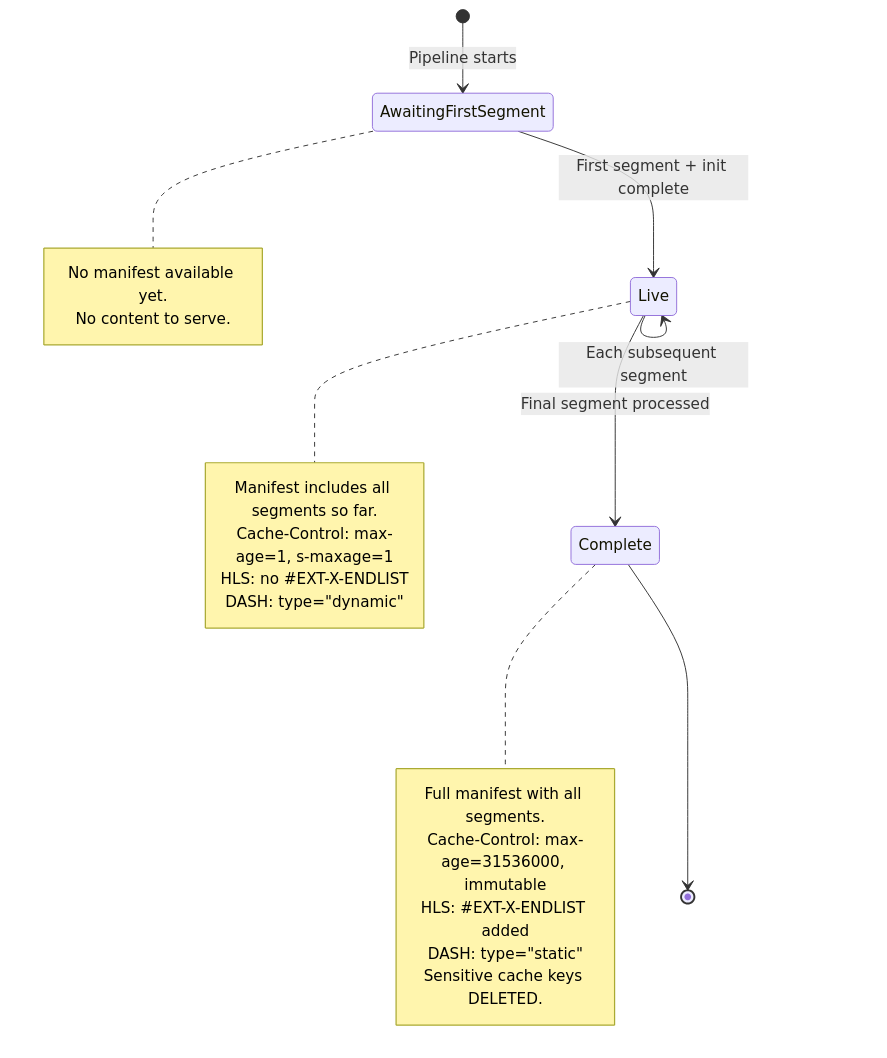
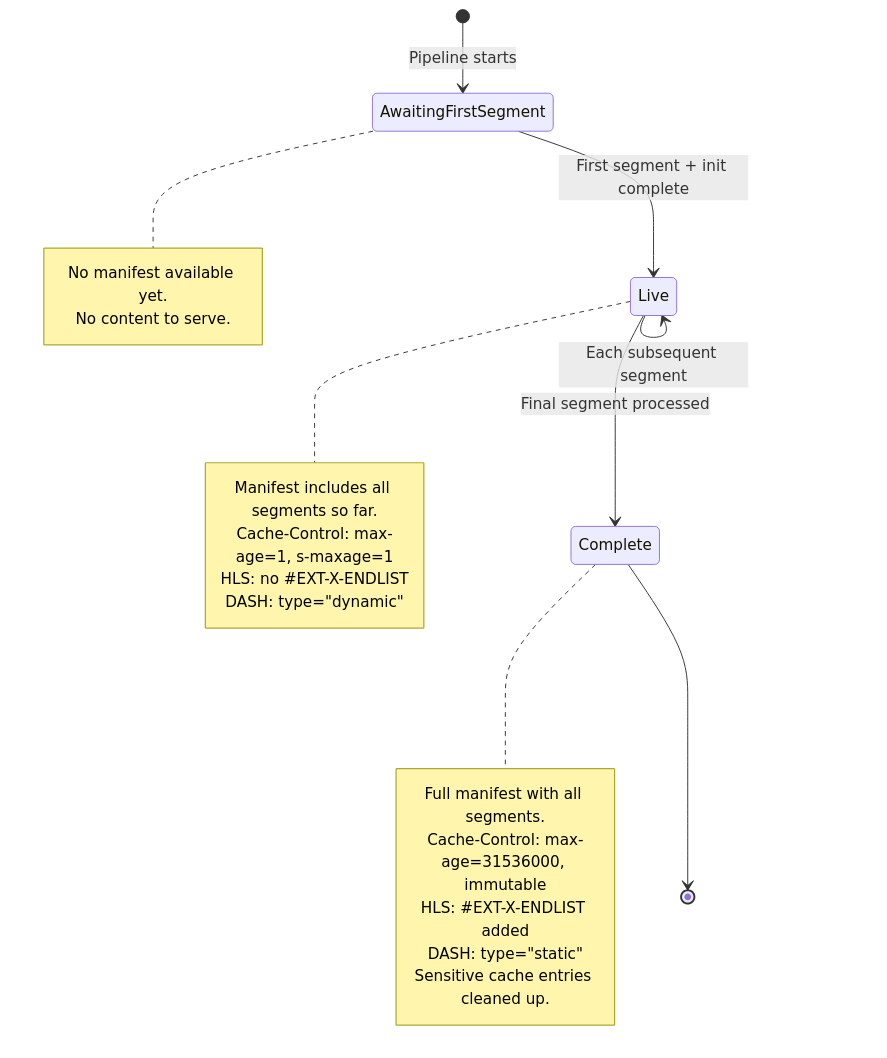
The fifth of 11 diagrams in docs/architecture.md (adrums86/edgepack), drawn with Mermaid before and after one commit. The commit also changed other lines of this file and 37 other files, not shown here.

````diff
--- a/docs/architecture.md
+++ b/docs/architecture.md
@@ -229,29 +211,29 @@
 ```mermaid
 stateDiagram-v2
     [*] --> AwaitingFirstSegment: Pipeline starts
 
     AwaitingFirstSegment --> Live: First segment + init complete
     note right of AwaitingFirstSegment
         No manifest available yet.
         No content to serve.
     end note
 
     Live --> Live: Each subsequent segment
     note right of Live
         Manifest includes all segments so far.
         Cache-Control: max-age=1, s-maxage=1
         HLS: no #EXT-X-ENDLIST
         DASH: type="dynamic"
     end note
 
     Live --> Complete: Final segment processed
     note right of Complete
         Full manifest with all segments.
         Cache-Control: max-age=31536000, immutable
         HLS: #EXT-X-ENDLIST added
         DASH: type="static"
-        Sensitive cache keys DELETED.
+        Sensitive cache entries cleaned up.
     end note
 
     Complete --> [*]
 ```
````
